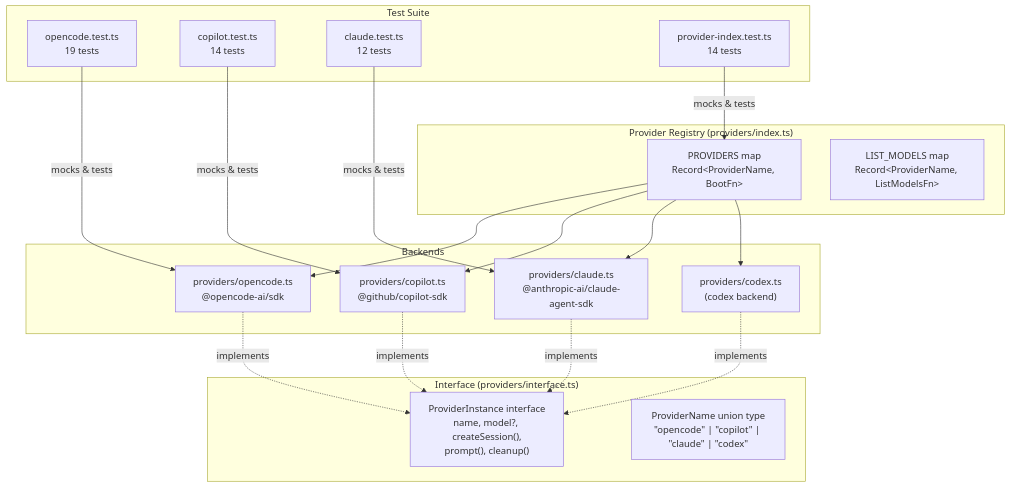
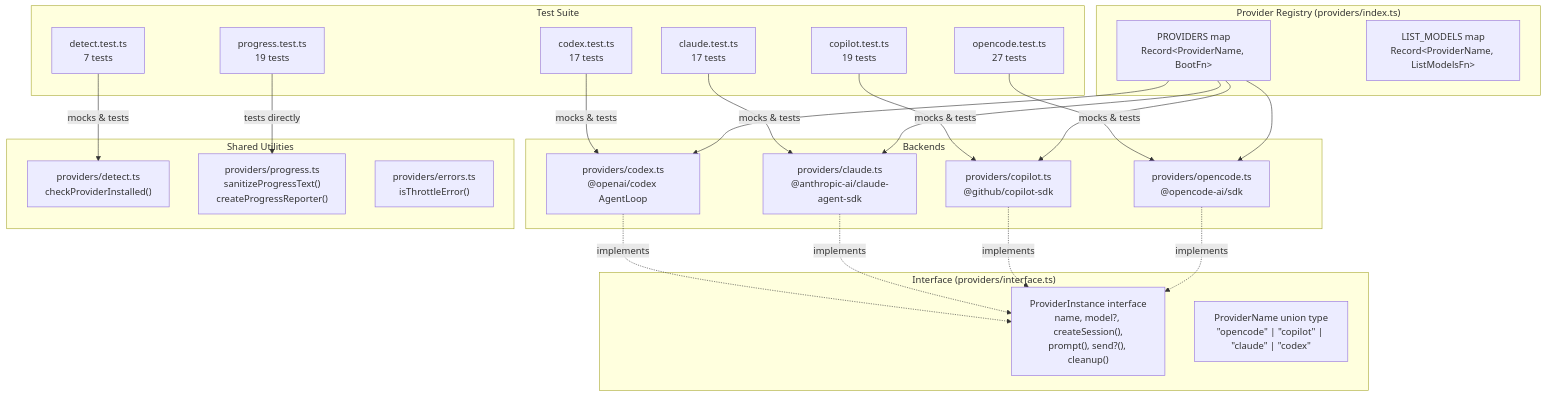
The second of 5 diagrams in docs/testing/provider-tests.md (PatrickRuddiman/Dispatch), drawn with Mermaid before and after one commit. The commit also changed other lines of this file and 252 other files, not shown here.

````diff
--- a/docs/testing/provider-tests.md
+++ b/docs/testing/provider-tests.md
@@ -50,40 +90,50 @@
 ```mermaid
 graph TD
     subgraph "Provider Registry (providers/index.ts)"
         REG["PROVIDERS map<br/>Record&lt;ProviderName, BootFn&gt;"]
         LM["LIST_MODELS map<br/>Record&lt;ProviderName, ListModelsFn&gt;"]
     end
 
     subgraph "Interface (providers/interface.ts)"
-        IF["ProviderInstance interface<br/>name, model?, createSession(),<br/>prompt(), cleanup()"]
+        IF["ProviderInstance interface<br/>name, model?, createSession(),<br/>prompt(), send?(), cleanup()"]
         PN["ProviderName union type<br/>&quot;opencode&quot; | &quot;copilot&quot; | &quot;claude&quot; | &quot;codex&quot;"]
     end
 
     subgraph "Backends"
         OC["providers/opencode.ts<br/>@opencode-ai/sdk"]
         CP["providers/copilot.ts<br/>@github/copilot-sdk"]
         CL["providers/claude.ts<br/>@anthropic-ai/claude-agent-sdk"]
-        CX["providers/codex.ts<br/>(codex backend)"]
+        CX["providers/codex.ts<br/>@openai/codex AgentLoop"]
+    end
+
+    subgraph "Shared Utilities"
+        DT["providers/detect.ts<br/>checkProviderInstalled()"]
+        PR["providers/progress.ts<br/>sanitizeProgressText()<br/>createProgressReporter()"]
+        ER["providers/errors.ts<br/>isThrottleError()"]
     end
 
     subgraph "Test Suite"
-        T1["opencode.test.ts<br/>19 tests"]
-        T2["copilot.test.ts<br/>14 tests"]
-        T3["claude.test.ts<br/>12 tests"]
-        T4["provider-index.test.ts<br/>14 tests"]
+        T1["opencode.test.ts<br/>27 tests"]
+        T2["copilot.test.ts<br/>19 tests"]
+        T3["claude.test.ts<br/>17 tests"]
+        T4["codex.test.ts<br/>17 tests"]
+        T5["detect.test.ts<br/>7 tests"]
+        T6["progress.test.ts<br/>19 tests"]
     end
 
     REG --> OC
     REG --> CP
     REG --> CL
     REG --> CX
     OC -.->|implements| IF
     CP -.->|implements| IF
     CL -.->|implements| IF
     CX -.->|implements| IF
 
     T1 -->|mocks & tests| OC
     T2 -->|mocks & tests| CP
     T3 -->|mocks & tests| CL
-    T4 -->|mocks & tests| REG
+    T4 -->|mocks & tests| CX
+    T5 -->|mocks & tests| DT
+    T6 -->|tests directly| PR
 ```
````
